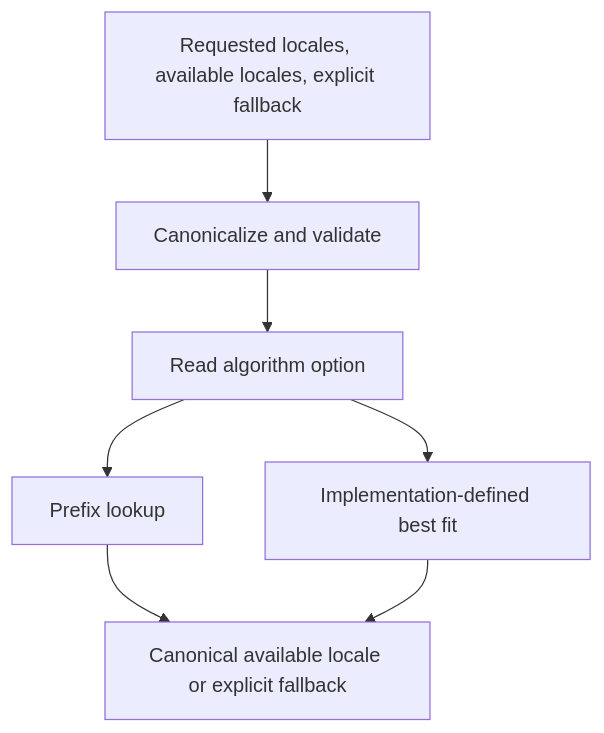
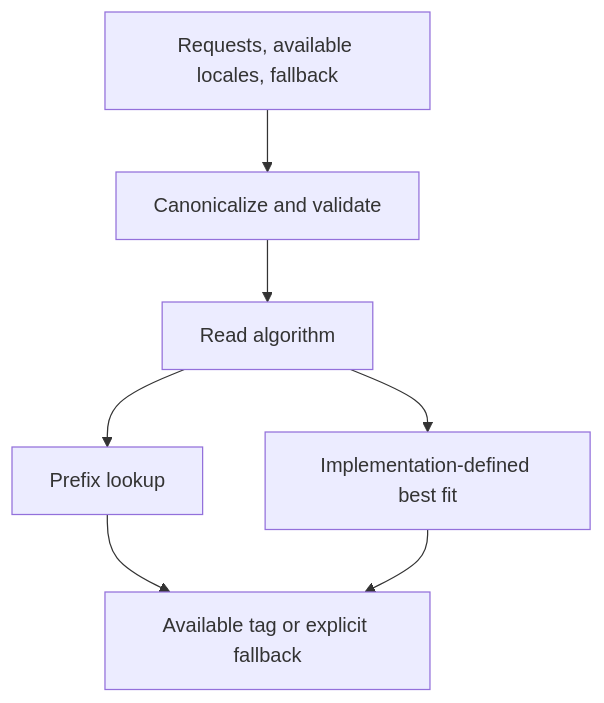
The diagram in DESIGN.md (tc39/proposal-intl-localematcher), drawn with Mermaid before and after one commit. The commit also changed other lines of this file and 3 other files, not shown here.

````diff
--- a/DESIGN.md
+++ b/DESIGN.md
@@ -27,9 +11,9 @@
 ```mermaid
 flowchart TD
-  inputs[Requested locales, available locales, explicit fallback] --> normalize[Canonicalize and validate]
-  normalize --> options[Read algorithm option]
+  input[Requests, available locales, fallback] --> validate[Canonicalize and validate]
+  validate --> options[Read algorithm]
   options --> lookup[Prefix lookup]
   options --> bestfit[Implementation-defined best fit]
-  lookup --> result[Canonical available locale or explicit fallback]
+  lookup --> result[Available tag or explicit fallback]
   bestfit --> result
 ```
````
